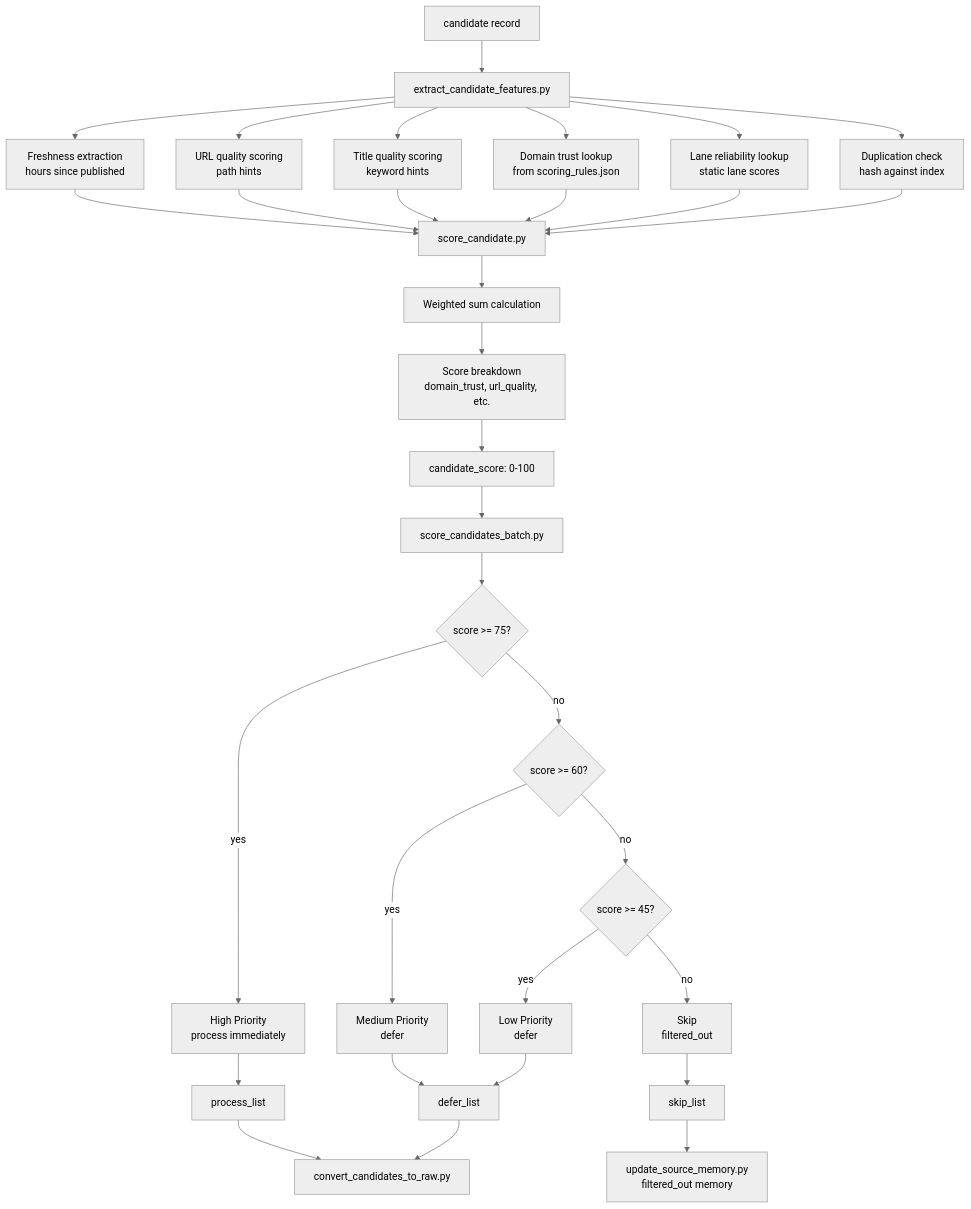
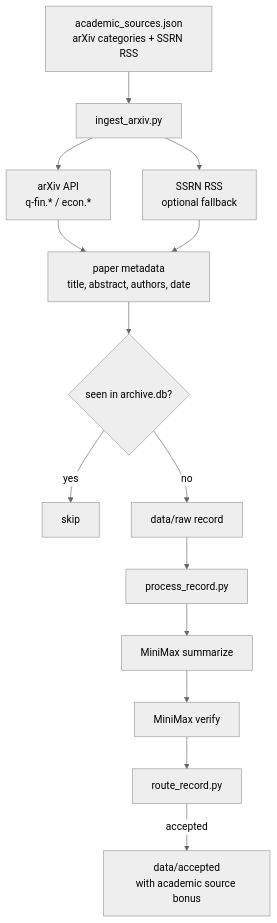
One commit to RishiJain905/Finance-Research-Archive changed the fifth of 16 diagrams in README.md. Above: the diagram before and after it, drawn with Mermaid (neutral theme). The commit also changed other lines of this file, not shown here.

First line of the commit message:
docs: update README for all 10 V3 phases complete with new mermaid diagrams

````diff
--- a/README.md
+++ b/README.md
@@ -338,34 +301,19 @@
 ```mermaid
 flowchart TD
-    A[candidate record] --> B[extract_candidate_features.py]
-    
-    B --> C[Freshness extraction<br/>hours since published]
-    B --> D[URL quality scoring<br/>path hints]
-    B --> E[Title quality scoring<br/>keyword hints]
-    B --> F[Domain trust lookup<br/>from scoring_rules.json]
-    B --> G[Lane reliability lookup<br/>static lane scores]
-    B --> H[Duplication check<br/>hash against index]
-    
-    C & D & E & F & G & H --> I[score_candidate.py]
-    
-    I --> J[Weighted sum calculation]
-    J --> K[Score breakdown<br/>domain_trust, url_quality, etc.]
-    K --> L[candidate_score: 0-100]
-    
-    L --> M[score_candidates_batch.py]
-    M --> N{score >= 75?}
-    N -->|yes| O[High Priority<br/>process immediately]
-    N -->|no| P{score >= 60?}
-    P -->|yes| Q[Medium Priority<br/>defer]
-    P -->|no| R{score >= 45?}
-    R -->|yes| S[Low Priority<br/>defer]
-    R -->|no| T[Skip<br/>filtered_out]
-    
-    O --> U[process_list]
-    Q --> V[defer_list]
-    S --> V
-    T --> W[skip_list]
-    
-    U & V --> X[convert_candidates_to_raw.py]
-    W --> Y[update_source_memory.py<br/>filtered_out memory]
+    AC[academic_sources.json<br/>arXiv categories + SSRN RSS] --> IA[ingest_arxiv.py]
+
+    IA --> ARXIV[arXiv API<br/>q-fin.* / econ.*]
+    IA --> SSRN[SSRN RSS<br/>optional fallback]
+
+    ARXIV & SSRN --> META[paper metadata<br/>title, abstract, authors, date]
+    META --> DEDUP{seen in archive.db?}
+    DEDUP -->|yes| SKIP[skip]
+    DEDUP -->|no| RAW[data/raw record]
+
+    RAW --> PR[process_record.py]
+    PR --> SUM[MiniMax summarize]
+    SUM --> VER[MiniMax verify]
+    VER --> RTE[route_record.py]
+
+    RTE -->|accepted| ACC[data/accepted<br/>with academic source bonus]
 ```
````
